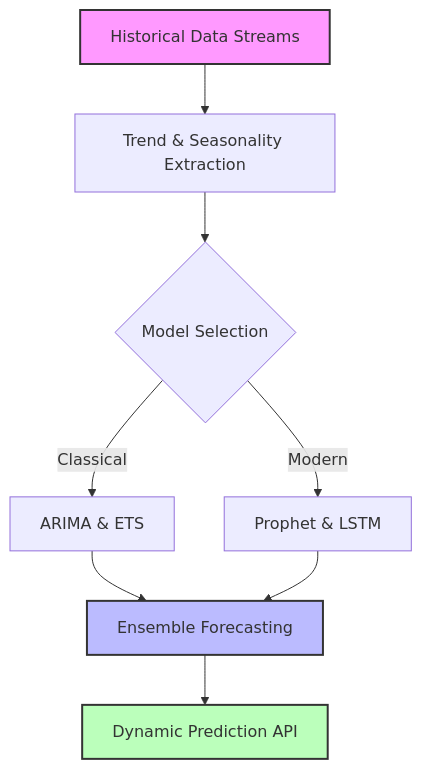
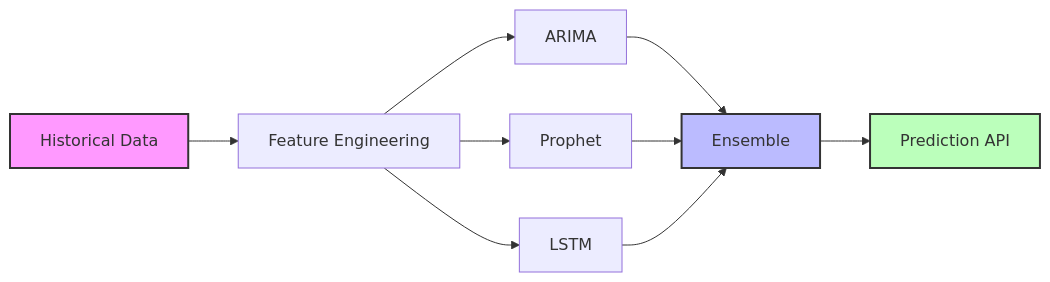
Before and after one commit to joaquimtimoteo/joaquimtimoteo: the third of 3 diagrams in README.md, drawn with Mermaid. The commit also changed other lines of this file, not shown here.

````diff
--- a/README.md
+++ b/README.md
@@ -144,13 +218,13 @@
 ```mermaid
-graph TD
-    A[Historical Data Streams] --> B[Trend & Seasonality Extraction]
-    B --> C{Model Selection}
-    C -->|Classical| D[ARIMA & ETS]
-    C -->|Modern| E[Prophet & LSTM]
-    D & E --> F[Ensemble Forecasting]
-    F --> G[Dynamic Prediction API]
+graph LR
+    A[Historical Data] --> B[Feature Engineering]
+    B --> C[ARIMA]
+    B --> D[Prophet]
+    B --> E[LSTM]
+    C & D & E --> F[Ensemble]
+    F --> G[Prediction API]
     
     style A fill:#f9f,stroke:#333,stroke-width:2px
     style F fill:#bbf,stroke:#333,stroke-width:2px
     style G fill:#bfb,stroke:#333,stroke-width:2px
 ```
````
